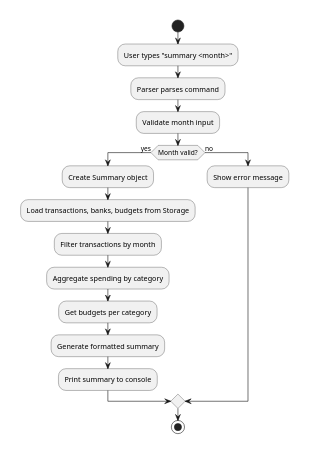
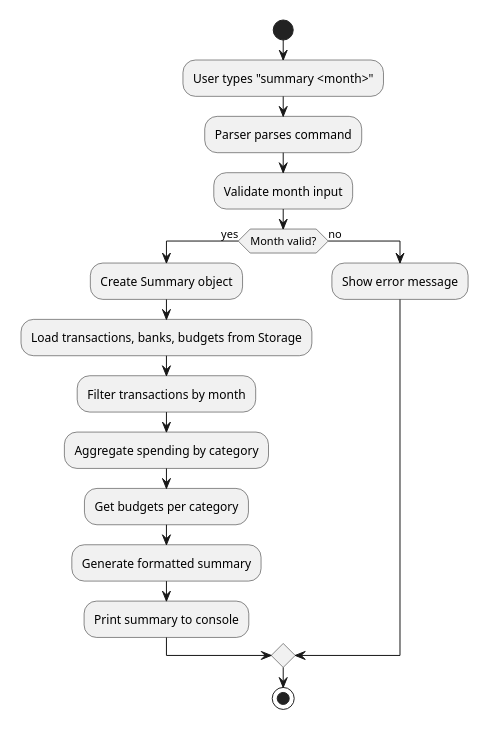
One commit to AY2526S1-CS2113-W10-2/tp changed the diagram in docs/team/SummaryFeature/SummaryActivity.puml. Above: the diagram before and after it, drawn with PlantUML. The commit also changed 12 other files, not shown here.

```diff
--- a/docs/team/SummaryFeature/SummaryActivity.puml
+++ b/docs/team/SummaryFeature/SummaryActivity.puml
@@ -1,19 +1,19 @@
 @startuml
-scale 0.3
+scale 0.5
 start
 :User types "summary <month>";
 :Parser parses command;
 :Validate month input;
 if (Month valid?) then (yes)
   :Create Summary object;
   :Load transactions, banks, budgets from Storage;
   :Filter transactions by month;
   :Aggregate spending by category;
   :Get budgets per category;
   :Generate formatted summary;
   :Print summary to console;
 else (no)
   :Show error message;
 endif
 stop
 @enduml
```
